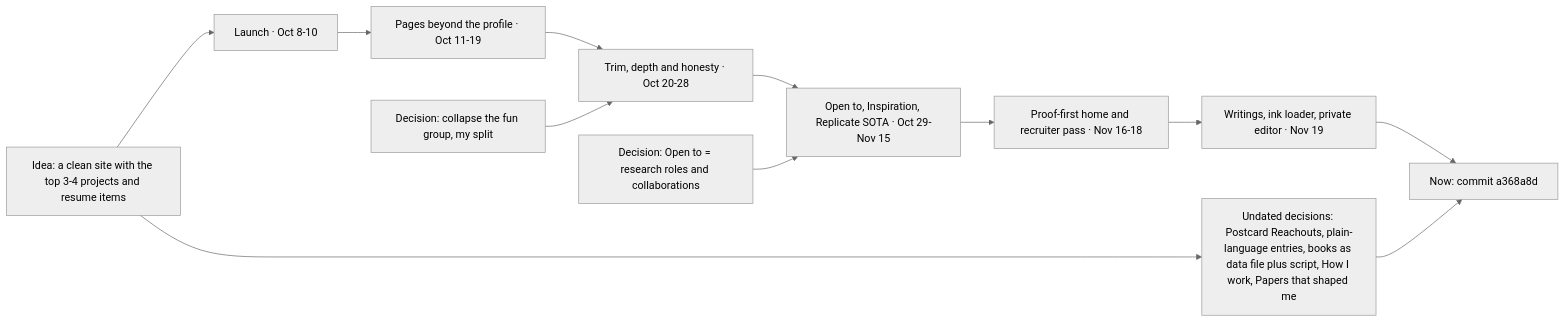
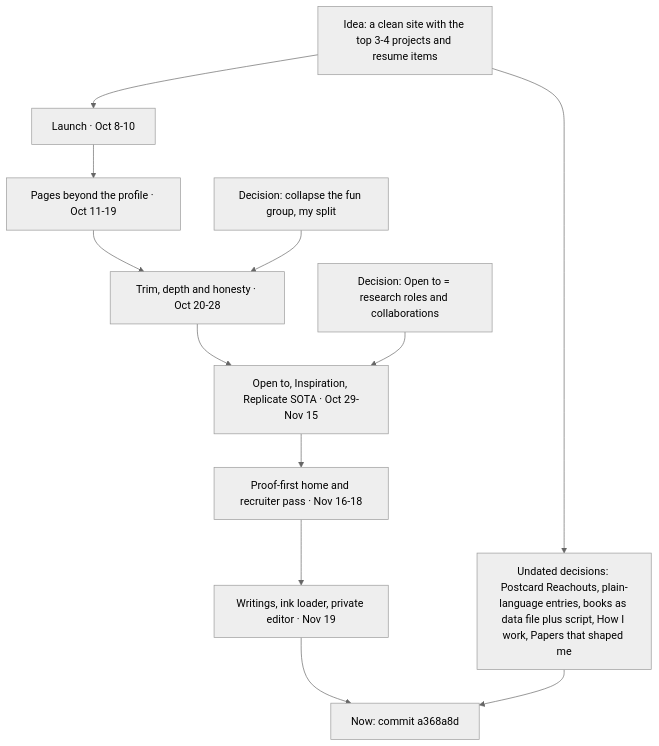
Before and after one commit to amalmehta/amalmehta.github.io: the first of 3 diagrams in docs/HOW-IT-WAS-BUILT.md, drawn with Mermaid (neutral theme).

Commit message:
Draw the build history top to bottom so it stays readable

````diff
--- a/docs/HOW-IT-WAS-BUILT.md
+++ b/docs/HOW-IT-WAS-BUILT.md
@@ -8,18 +8,18 @@
 ```mermaid
-flowchart LR
+flowchart TD
   idea["Idea: a clean site with the top 3-4 projects and resume items"]
   m1["Launch · Oct 8-10"]
   m2["Pages beyond the profile · Oct 11-19"]
   d1["Decision: collapse the fun group, my split"]
   m3["Trim, depth and honesty · Oct 20-28"]
   d2["Decision: Open to = research roles and collaborations"]
   m4["Open to, Inspiration, Replicate SOTA · Oct 29-Nov 15"]
   m5["Proof-first home and recruiter pass · Nov 16-18"]
   m6["Writings, ink loader, private editor · Nov 19"]
   du["Undated decisions: Postcard Reachouts, plain-language entries, books as data file plus script, How I work, Papers that shaped me"]
   now["Now: commit a368a8d"]
   idea --> m1 --> m2 --> m3 --> m4 --> m5 --> m6 --> now
   d1 --> m3
   d2 --> m4
   idea --> du --> now
 ```
````
